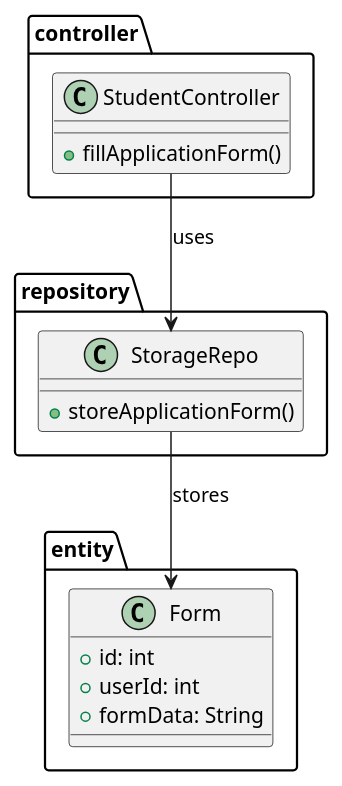
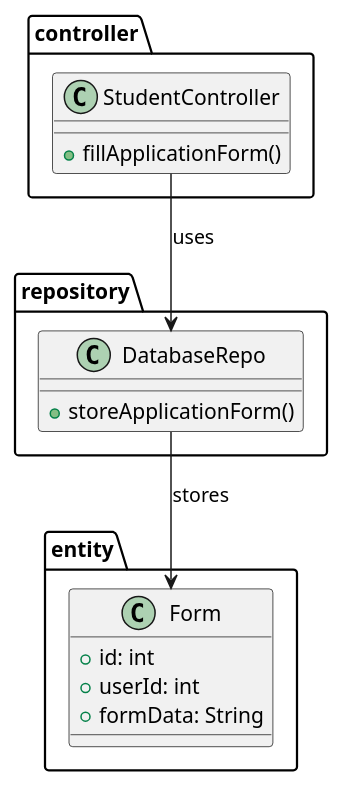
One commit to iamSlightlyWind/Legacy changed the diagram in SWD392/class_diagrams/20_fill_application_form.puml. Above: the diagram before and after it, drawn with PlantUML. The commit also changed 9 other files, not shown here.

```diff
--- a/SWD392/class_diagrams/20_fill_application_form.puml
+++ b/SWD392/class_diagrams/20_fill_application_form.puml
@@ -1,24 +1,24 @@
 @startuml
 package controller {
     class StudentController {
         +fillApplicationForm()
     }
 }
 
 package repository {
-    class StorageRepo {
+    class DatabaseRepo {
         +storeApplicationForm()
     }
 }
 
 package entity {
     class Form {
         +id: int
         +userId: int
         +formData: String
     }
 }
 
-StudentController --> StorageRepo : uses
-StorageRepo --> Form : stores
+StudentController --> DatabaseRepo : uses
+DatabaseRepo --> Form : stores
 @enduml
```
